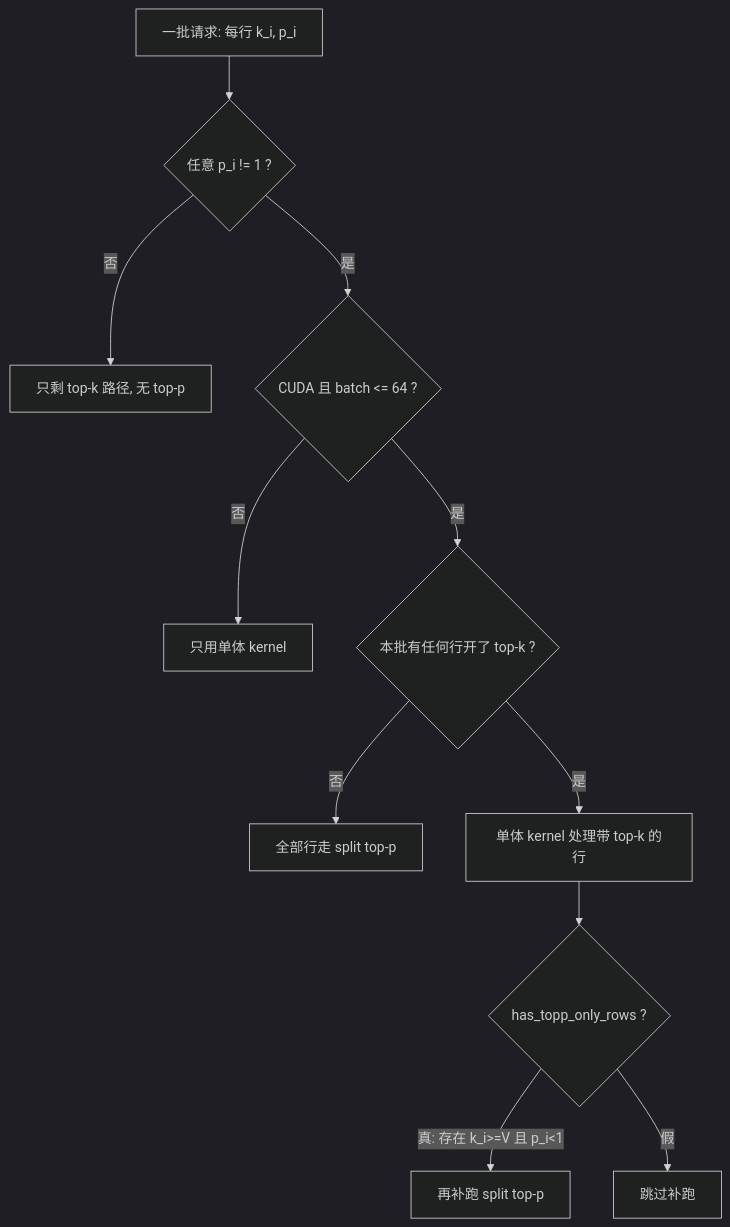
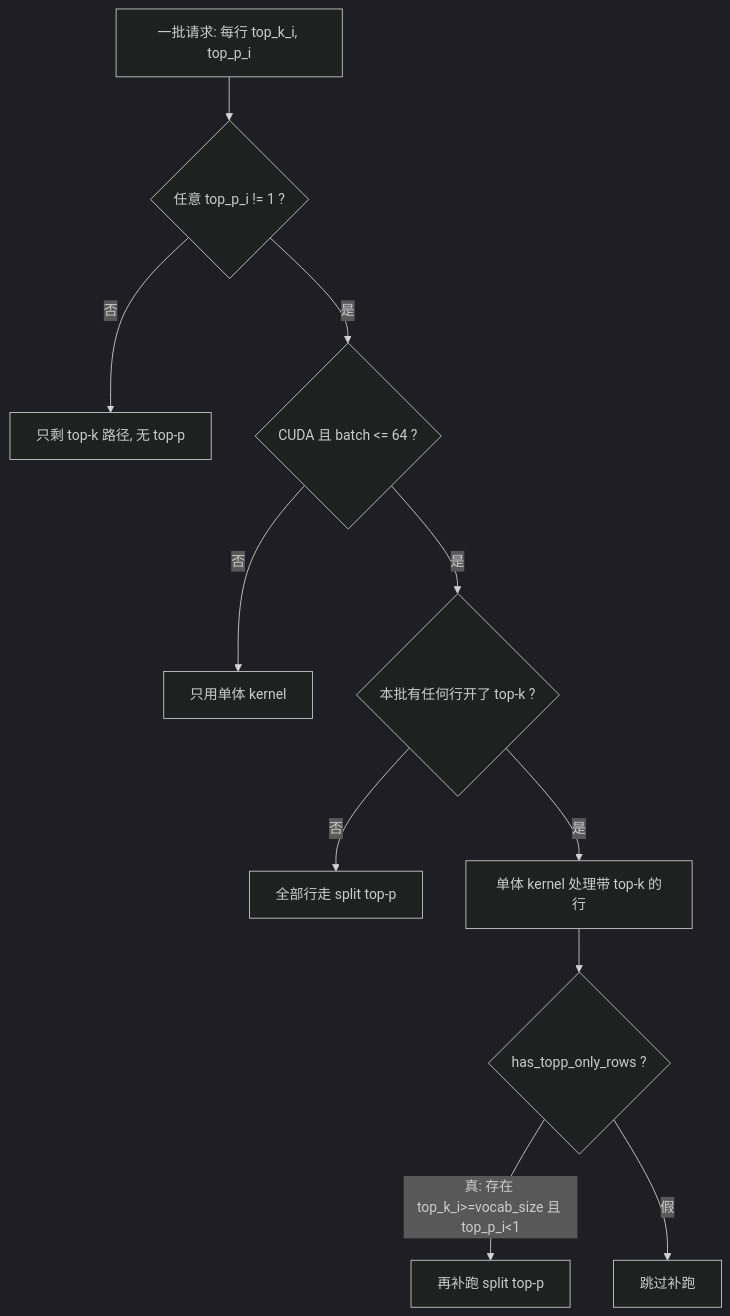
One commit to cluster1900/vllm_reader changed the ninth of 16 diagrams in book/01-transformer-inference/README.md. Above: the diagram before and after it, drawn with Mermaid (dark theme). The commit also changed other lines of this file and 1 other file, not shown here.

Commit message:
docs(ch01): F/D 批次 B1 — 公式逐式核对与讲解、3 张新图、符号统一 (#128)

````diff
--- a/book/01-transformer-inference/README.md
+++ b/book/01-transformer-inference/README.md
@@ -596,13 +917,13 @@
 ```mermaid
 flowchart TD
-    B["一批请求: 每行 k_i, p_i"] --> DO{"任意 p_i != 1 ?"}
+    B["一批请求: 每行 top_k_i, top_p_i"] --> DO{"任意 top_p_i != 1 ?"}
     DO -->|"否"| K1["只剩 top-k 路径, 无 top-p"]
     DO -->|"是"| SMALL{"CUDA 且 batch <= 64 ?"}
     SMALL -->|"否"| MONO["只用单体 kernel"]
     SMALL -->|"是"| TKON{"本批有任何行开了 top-k ?"}
     TKON -->|"否"| SPLIT["全部行走 split top-p"]
     TKON -->|"是"| MONO2["单体 kernel 处理带 top-k 的行"]
     MONO2 --> GATE{"has_topp_only_rows ?"}
-    GATE -->|"真: 存在 k_i>=V 且 p_i<1"| SPLIT2["再补跑 split top-p"]
+    GATE -->|"真: 存在 top_k_i>=vocab_size 且 top_p_i<1"| SPLIT2["再补跑 split top-p"]
     GATE -->|"假"| SKIP["跳过补跑"]
 ```
````
